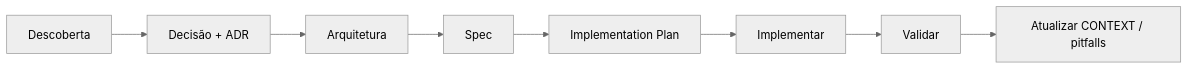
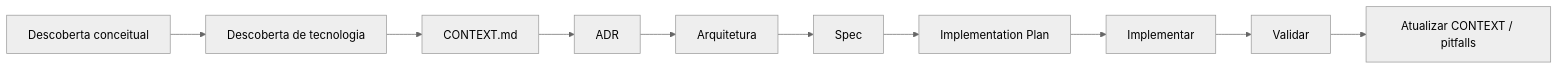
The diagram in docs/tutorial.md (warsiege00/context-driven-development), drawn with Mermaid (neutral theme) before and after one commit. The commit also changed other lines of this file and 1 other file, not shown here.

First line of the commit message:
Reorder CDD tutorial to start with discovery before CONTEXT.md.

````diff
--- a/docs/tutorial.md
+++ b/docs/tutorial.md
@@ -26,10 +20,12 @@
 ```mermaid
 flowchart LR
-    A[Descoberta] --> B[Decisão + ADR]
-    B --> C[Arquitetura]
-    C --> D[Spec]
-    D --> E[Implementation Plan]
-    E --> F[Implementar]
-    F --> G[Validar]
-    G --> H[Atualizar CONTEXT / pitfalls]
+    A[Descoberta conceitual] --> B[Descoberta de tecnologia]
+    B --> C[CONTEXT.md]
+    C --> D[ADR]
+    D --> E[Arquitetura]
+    E --> F[Spec]
+    F --> G[Implementation Plan]
+    G --> H[Implementar]
+    H --> I[Validar]
+    I --> J[Atualizar CONTEXT / pitfalls]
 ```
````
